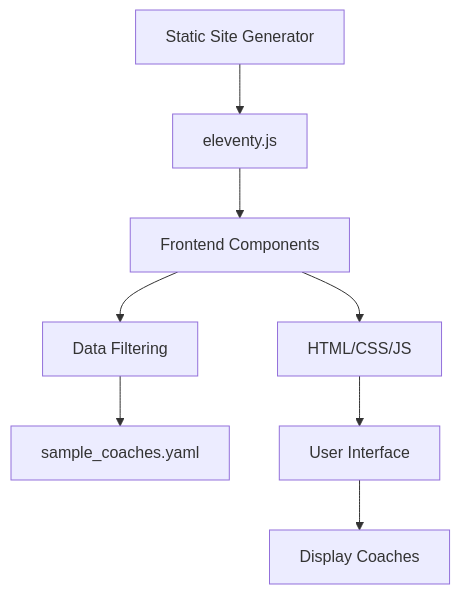
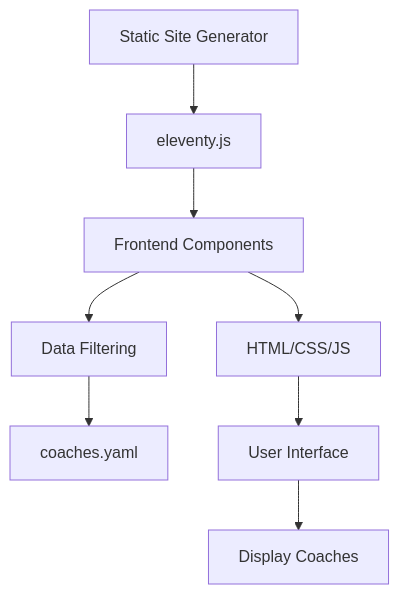
One commit to wioota/cto-coach-directory changed the first of 3 diagrams in documentation/architecture.md. Above: the diagram before and after it, drawn with Mermaid. The commit also changed other lines of this file and 5 other files, not shown here.

First line of the commit message:
Rename sample_coaches.yaml to coaches.yaml as it's now the full database

````diff
--- a/documentation/architecture.md
+++ b/documentation/architecture.md
@@ -7,10 +7,10 @@
 ```mermaid
 flowchart TD
     A[Static Site Generator] --> B[eleventy.js]
     B --> C[Frontend Components]
     C --> D[HTML/CSS/JS]
     C --> E[Data Filtering]
-    E --> F[sample_coaches.yaml]
+    E --> F[coaches.yaml]
     D --> G[User Interface]
     G --> H[Display Coaches]
 ```
````
